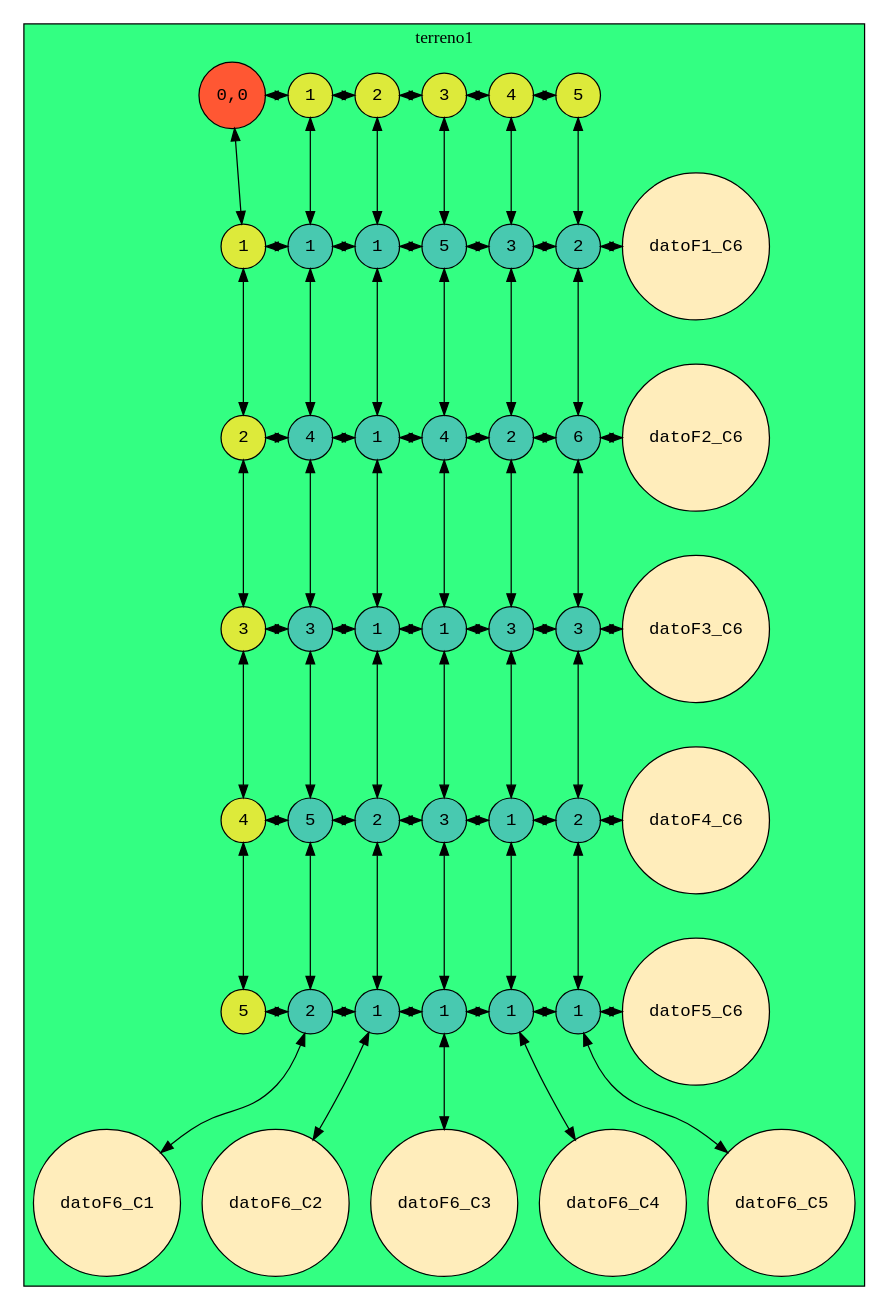
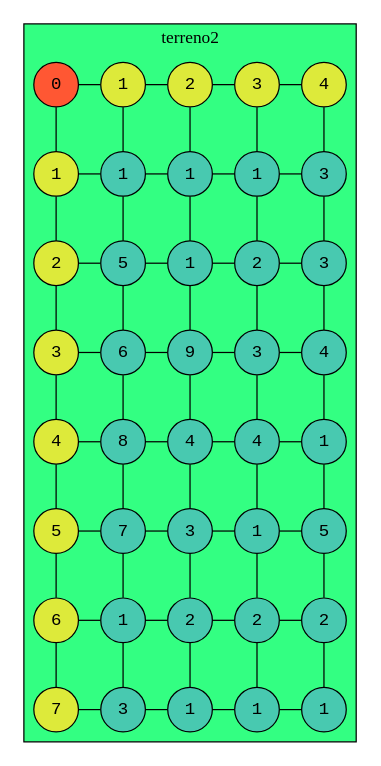
Before and after one commit to 201807066/IPC2_proyecto1_201807066: the diagram in graphviz.dot, drawn with Graphviz. The commit also changed 4 other files, not shown here.

Commit message:
Creación del grafico del terreno por graphviz listo y corregido

```diff
--- a/graphviz.dot
+++ b/graphviz.dot
@@ -1,130 +1,130 @@
 digraph Matriz{
 node[shape=circle fontname=courier fillcolor="#FFEDBB" style=filled]
 subgraph cluster{
-root[label="0,0", fillcolor="#FF5733"]
-label=terreno1
+root[label="0", fillcolor="#FF5733"]
+label=terreno2
 bgcolor = "#33FF82"
-edge[dir="both"]
+edge[dir="none"]
 F1[label="1", group = 1, fillcolor = "#DDEA3A"]
 F2[label="2", group = 1, fillcolor = "#DDEA3A"]
 F3[label="3", group = 1, fillcolor = "#DDEA3A"]
 F4[label="4", group = 1, fillcolor = "#DDEA3A"]
 F5[label="5", group = 1, fillcolor = "#DDEA3A"]
+F6[label="6", group = 1, fillcolor = "#DDEA3A"]
+F7[label="7", group = 1, fillcolor = "#DDEA3A"]
 F1->F2
 F2->F3
 F3->F4
 F4->F5
+F5->F6
+F6->F7
 C1[label="1", group = 2, fillcolor = "#DDEA3A"]
 C2[label="2", group = 3, fillcolor = "#DDEA3A"]
 C3[label="3", group = 4, fillcolor = "#DDEA3A"]
 C4[label="4", group = 5, fillcolor = "#DDEA3A"]
-C5[label="5", group = 6, fillcolor = "#DDEA3A"]
 C1->C2
 C2->C3
 C3->C4
-C4->C5
 root -> F1
 root -> C1
-{rank=same; root, C1, C2, C3, C4, C5}
+{rank=same; root, C1, C2, C3, C4}
 datoF1_C1[label="1", group = 2 , fillcolor = "#48C9B0"]
 datoF1_C2[label="1", group = 3 , fillcolor = "#48C9B0"]
-datoF1_C3[label="5", group = 4 , fillcolor = "#48C9B0"]
+datoF1_C3[label="1", group = 4 , fillcolor = "#48C9B0"]
 datoF1_C4[label="3", group = 5 , fillcolor = "#48C9B0"]
-datoF1_C5[label="2", group = 6 , fillcolor = "#48C9B0"]
-datoF2_C1[label="4", group = 2 , fillcolor = "#48C9B0"]
+datoF2_C1[label="5", group = 2 , fillcolor = "#48C9B0"]
 datoF2_C2[label="1", group = 3 , fillcolor = "#48C9B0"]
-datoF2_C3[label="4", group = 4 , fillcolor = "#48C9B0"]
-datoF2_C4[label="2", group = 5 , fillcolor = "#48C9B0"]
-datoF2_C5[label="6", group = 6 , fillcolor = "#48C9B0"]
-datoF3_C1[label="3", group = 2 , fillcolor = "#48C9B0"]
-datoF3_C2[label="1", group = 3 , fillcolor = "#48C9B0"]
-datoF3_C3[label="1", group = 4 , fillcolor = "#48C9B0"]
-datoF3_C4[label="3", group = 5 , fillcolor = "#48C9B0"]
-datoF3_C5[label="3", group = 6 , fillcolor = "#48C9B0"]
-datoF4_C1[label="5", group = 2 , fillcolor = "#48C9B0"]
-datoF4_C2[label="2", group = 3 , fillcolor = "#48C9B0"]
-datoF4_C3[label="3", group = 4 , fillcolor = "#48C9B0"]
+datoF2_C3[label="2", group = 4 , fillcolor = "#48C9B0"]
+datoF2_C4[label="3", group = 5 , fillcolor = "#48C9B0"]
+datoF3_C1[label="6", group = 2 , fillcolor = "#48C9B0"]
+datoF3_C2[label="9", group = 3 , fillcolor = "#48C9B0"]
+datoF3_C3[label="3", group = 4 , fillcolor = "#48C9B0"]
+datoF3_C4[label="4", group = 5 , fillcolor = "#48C9B0"]
+datoF4_C1[label="8", group = 2 , fillcolor = "#48C9B0"]
+datoF4_C2[label="4", group = 3 , fillcolor = "#48C9B0"]
+datoF4_C3[label="4", group = 4 , fillcolor = "#48C9B0"]
 datoF4_C4[label="1", group = 5 , fillcolor = "#48C9B0"]
-datoF4_C5[label="2", group = 6 , fillcolor = "#48C9B0"]
-datoF5_C1[label="2", group = 2 , fillcolor = "#48C9B0"]
-datoF5_C2[label="1", group = 3 , fillcolor = "#48C9B0"]
+datoF5_C1[label="7", group = 2 , fillcolor = "#48C9B0"]
+datoF5_C2[label="3", group = 3 , fillcolor = "#48C9B0"]
 datoF5_C3[label="1", group = 4 , fillcolor = "#48C9B0"]
-datoF5_C4[label="1", group = 5 , fillcolor = "#48C9B0"]
-datoF5_C5[label="1", group = 6 , fillcolor = "#48C9B0"]
+datoF5_C4[label="5", group = 5 , fillcolor = "#48C9B0"]
+datoF6_C1[label="1", group = 2 , fillcolor = "#48C9B0"]
+datoF6_C2[label="2", group = 3 , fillcolor = "#48C9B0"]
+datoF6_C3[label="2", group = 4 , fillcolor = "#48C9B0"]
+datoF6_C4[label="2", group = 5 , fillcolor = "#48C9B0"]
+datoF7_C1[label="3", group = 2 , fillcolor = "#48C9B0"]
+datoF7_C2[label="1", group = 3 , fillcolor = "#48C9B0"]
+datoF7_C3[label="1", group = 4 , fillcolor = "#48C9B0"]
+datoF7_C4[label="1", group = 5 , fillcolor = "#48C9B0"]
 
 F1 -> datoF1_C1
 datoF1_C1 -> datoF1_C2
 datoF1_C2 -> datoF1_C3
 datoF1_C3 -> datoF1_C4
-datoF1_C4 -> datoF1_C5
-datoF1_C5 -> datoF1_C6
 
 F2 -> datoF2_C1
 datoF2_C1 -> datoF2_C2
 datoF2_C2 -> datoF2_C3
 datoF2_C3 -> datoF2_C4
-datoF2_C4 -> datoF2_C5
-datoF2_C5 -> datoF2_C6
 
 F3 -> datoF3_C1
 datoF3_C1 -> datoF3_C2
 datoF3_C2 -> datoF3_C3
 datoF3_C3 -> datoF3_C4
-datoF3_C4 -> datoF3_C5
-datoF3_C5 -> datoF3_C6
 
 F4 -> datoF4_C1
 datoF4_C1 -> datoF4_C2
 datoF4_C2 -> datoF4_C3
 datoF4_C3 -> datoF4_C4
-datoF4_C4 -> datoF4_C5
-datoF4_C5 -> datoF4_C6
 
 F5 -> datoF5_C1
 datoF5_C1 -> datoF5_C2
 datoF5_C2 -> datoF5_C3
 datoF5_C3 -> datoF5_C4
-datoF5_C4 -> datoF5_C5
-datoF5_C5 -> datoF5_C6
 
-{rank = same; F1, datoF1_C1, datoF1_C2, datoF1_C3, datoF1_C4, datoF1_C5, datoF1_C6}
-{rank = same; F2, datoF2_C1, datoF2_C2, datoF2_C3, datoF2_C4, datoF2_C5, datoF2_C6}
-{rank = same; F3, datoF3_C1, datoF3_C2, datoF3_C3, datoF3_C4, datoF3_C5, datoF3_C6}
-{rank = same; F4, datoF4_C1, datoF4_C2, datoF4_C3, datoF4_C4, datoF4_C5, datoF4_C6}
-{rank = same; F5, datoF5_C1, datoF5_C2, datoF5_C3, datoF5_C4, datoF5_C5, datoF5_C6}
-C1 -> datoF1_C1
+F6 -> datoF6_C1
+datoF6_C1 -> datoF6_C2
+datoF6_C2 -> datoF6_C3
+datoF6_C3 -> datoF6_C4
+
+F7 -> datoF7_C1
+datoF7_C1 -> datoF7_C2
+datoF7_C2 -> datoF7_C3
+datoF7_C3 -> datoF7_C4
+
+{rank = same; F1, datoF1_C1, datoF1_C2, datoF1_C3, datoF1_C4}
+{rank = same; F2, datoF2_C1, datoF2_C2, datoF2_C3, datoF2_C4}
+{rank = same; F3, datoF3_C1, datoF3_C2, datoF3_C3, datoF3_C4}
+{rank = same; F4, datoF4_C1, datoF4_C2, datoF4_C3, datoF4_C4}
+{rank = same; F5, datoF5_C1, datoF5_C2, datoF5_C3, datoF5_C4}
+{rank = same; F6, datoF6_C1, datoF6_C2, datoF6_C3, datoF6_C4}
+{rank = same; F7, datoF7_C1, datoF7_C2, datoF7_C3, datoF7_C4}C1 -> datoF1_C1
 datoF1_C1 -> datoF2_C1
 datoF2_C1 -> datoF3_C1
 datoF3_C1 -> datoF4_C1
 datoF4_C1 -> datoF5_C1
 datoF5_C1 -> datoF6_C1
-
+datoF6_C1 -> datoF7_C1
 C2 -> datoF1_C2
 datoF1_C2 -> datoF2_C2
 datoF2_C2 -> datoF3_C2
 datoF3_C2 -> datoF4_C2
 datoF4_C2 -> datoF5_C2
 datoF5_C2 -> datoF6_C2
-
+datoF6_C2 -> datoF7_C2
 C3 -> datoF1_C3
 datoF1_C3 -> datoF2_C3
 datoF2_C3 -> datoF3_C3
 datoF3_C3 -> datoF4_C3
 datoF4_C3 -> datoF5_C3
 datoF5_C3 -> datoF6_C3
-
+datoF6_C3 -> datoF7_C3
 C4 -> datoF1_C4
 datoF1_C4 -> datoF2_C4
 datoF2_C4 -> datoF3_C4
 datoF3_C4 -> datoF4_C4
 datoF4_C4 -> datoF5_C4
 datoF5_C4 -> datoF6_C4
-
-C5 -> datoF1_C5
-datoF1_C5 -> datoF2_C5
-datoF2_C5 -> datoF3_C5
-datoF3_C5 -> datoF4_C5
-datoF4_C5 -> datoF5_C5
-datoF5_C5 -> datoF6_C5
+datoF6_C4 -> datoF7_C4
 }
 }
```
